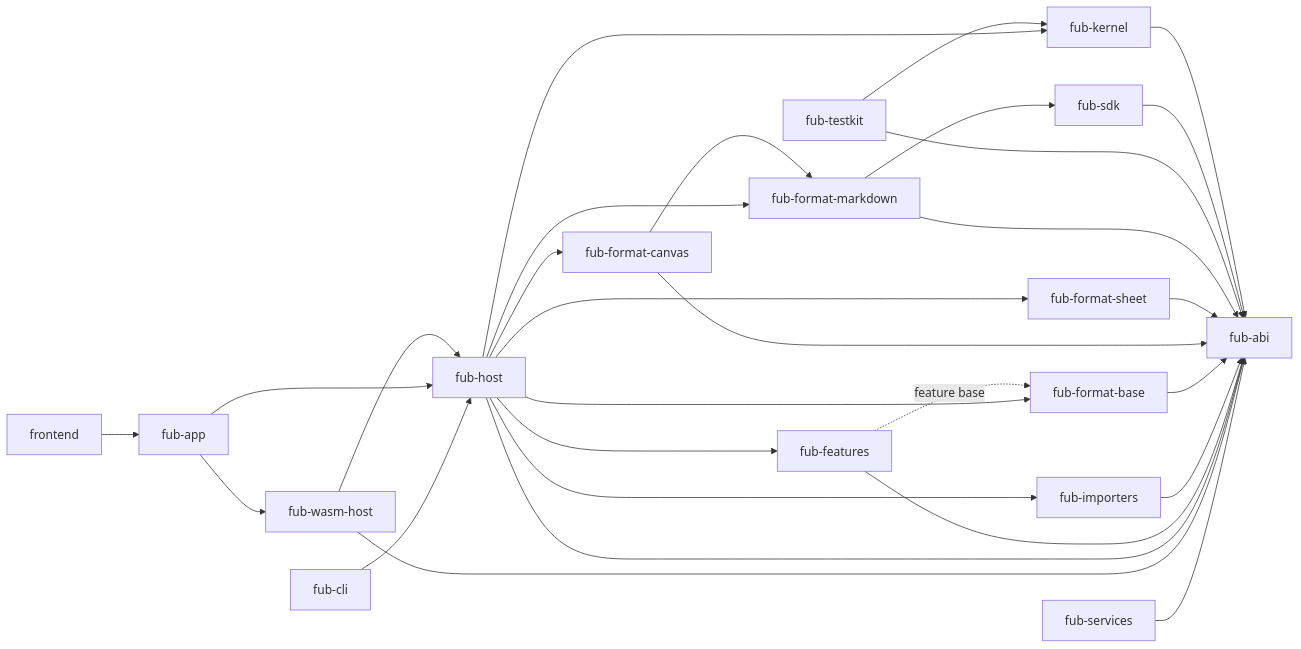
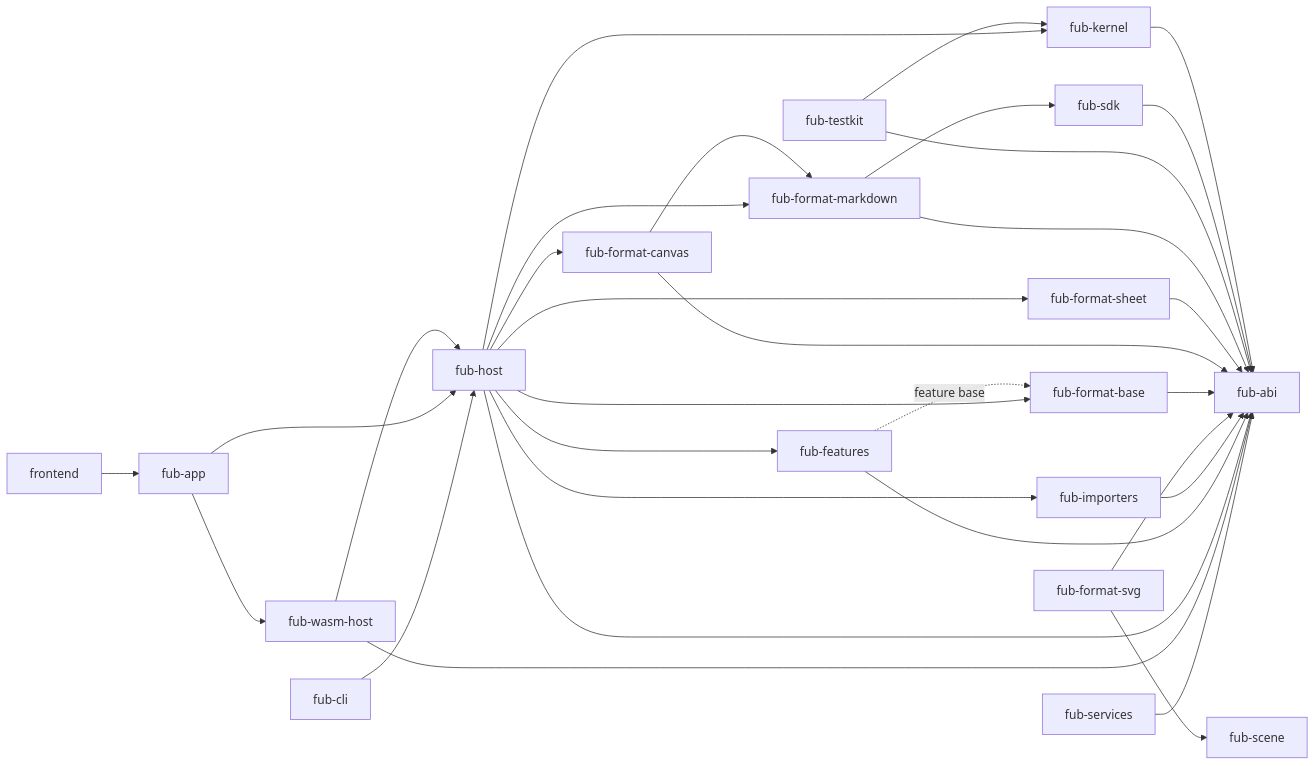
One commit to Fubeo/Fub changed the diagram in docs/architecture/components-and-boundaries.md. Above: the diagram before and after it, drawn with Mermaid. The commit also changed other lines of this file and 22 other files, not shown here.

````diff
--- a/docs/architecture/components-and-boundaries.md
+++ b/docs/architecture/components-and-boundaries.md
@@ -9,32 +9,35 @@
 ```mermaid
 flowchart LR
     ABI["fub-abi"]
     KERNEL["fub-kernel"] --> ABI
     SDK["fub-sdk"] --> ABI
     TESTKIT["fub-testkit"] --> KERNEL
     TESTKIT --> ABI
     MARKDOWN["fub-format-markdown"] --> ABI
     MARKDOWN --> SDK
     SHEET["fub-format-sheet"] --> ABI
     CANVAS["fub-format-canvas"] --> ABI
     CANVAS --> MARKDOWN
     BASE["fub-format-base"] --> ABI
+    SCENE["fub-scene"]
+    SVG["fub-format-svg"] --> ABI
+    SVG --> SCENE
     IMPORTERS["fub-importers"] --> ABI
     FEATURES["fub-features"] --> ABI
     FEATURES -. "feature base" .-> BASE
     HOST["fub-host"] --> KERNEL
     HOST --> ABI
     HOST --> FEATURES
     HOST --> MARKDOWN
     HOST --> SHEET
     HOST --> CANVAS
     HOST --> BASE
     HOST --> IMPORTERS
     WASM["fub-wasm-host"] --> ABI
     WASM --> HOST
     APP["fub-app"] --> HOST
     APP --> WASM
     CLI["fub-cli"] --> HOST
     SERVICES["fub-services"] --> ABI
     FRONTEND["frontend"] --> APP
 ```
````
